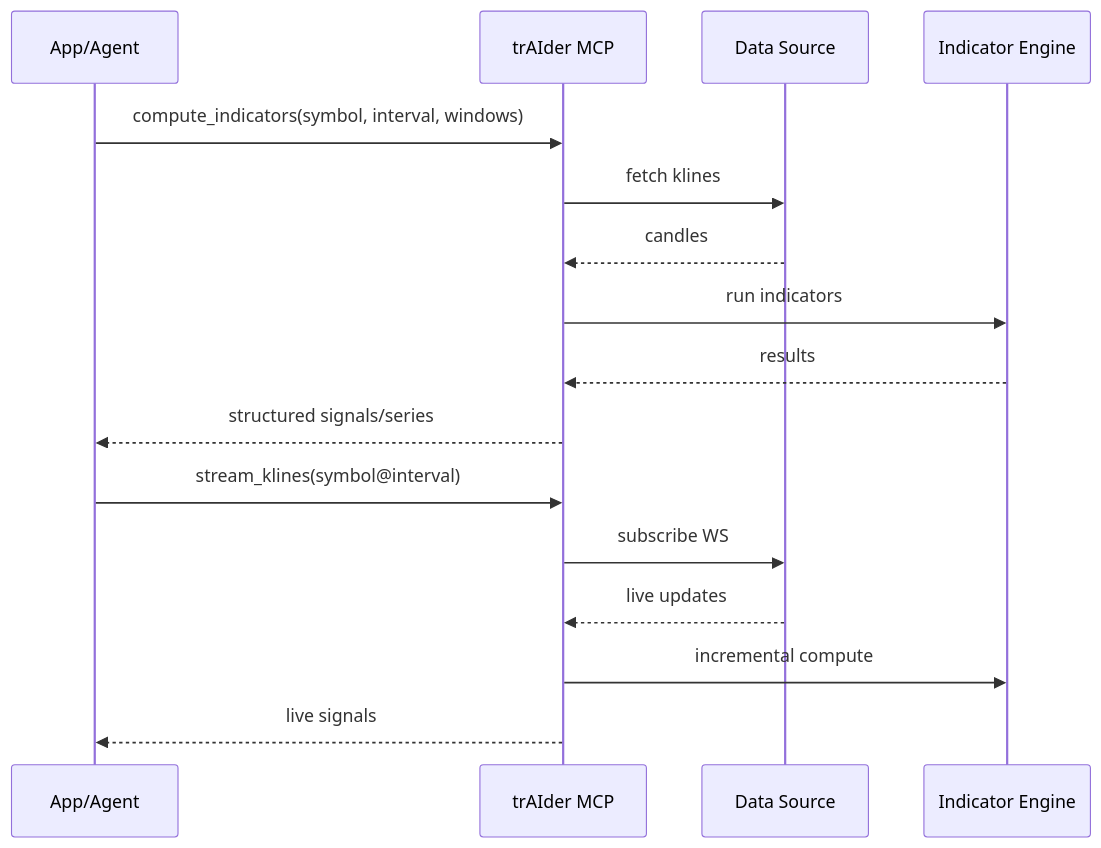
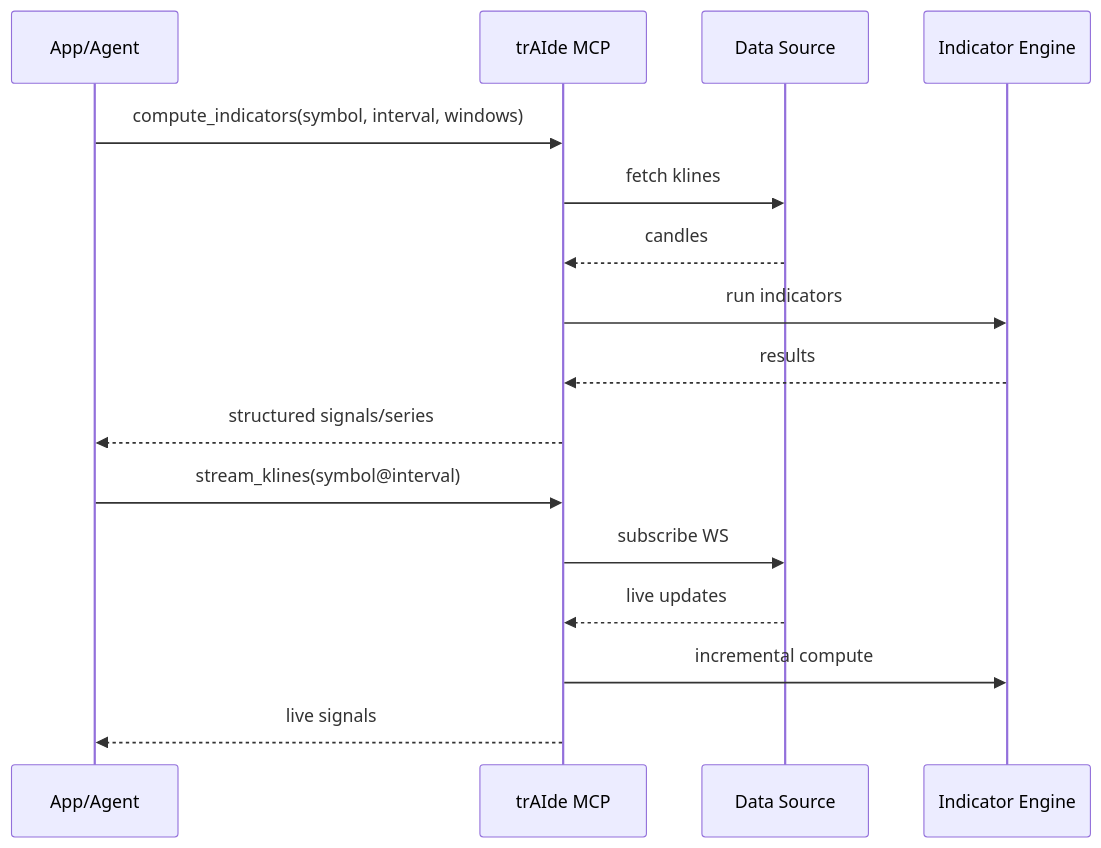
The second of 2 diagrams in README.md (Independent-AI-Labs/trAIde), drawn with Mermaid before and after one commit. The commit also changed other lines of this file and 3 other files, not shown here.

Commit message:
docs: rename all occurrences of trAIder to trAIde across README and docs

````diff
--- a/README.md
+++ b/README.md
@@ -123,20 +123,20 @@
 ```mermaid
 sequenceDiagram
   participant App as App/Agent
-  participant MCP as trAIder MCP
+  participant MCP as trAIde MCP
   participant Data as Data Source
   participant Core as Indicator Engine
 
   App->>MCP: compute_indicators(symbol, interval, windows)
   MCP->>Data: fetch klines
   Data-->>MCP: candles
   MCP->>Core: run indicators
   Core-->>MCP: results
   MCP-->>App: structured signals/series
 
   App->>MCP: stream_klines(symbol@interval)
   MCP->>Data: subscribe WS
   Data-->>MCP: live updates
   MCP->>Core: incremental compute
   MCP-->>App: live signals
 ```
````
